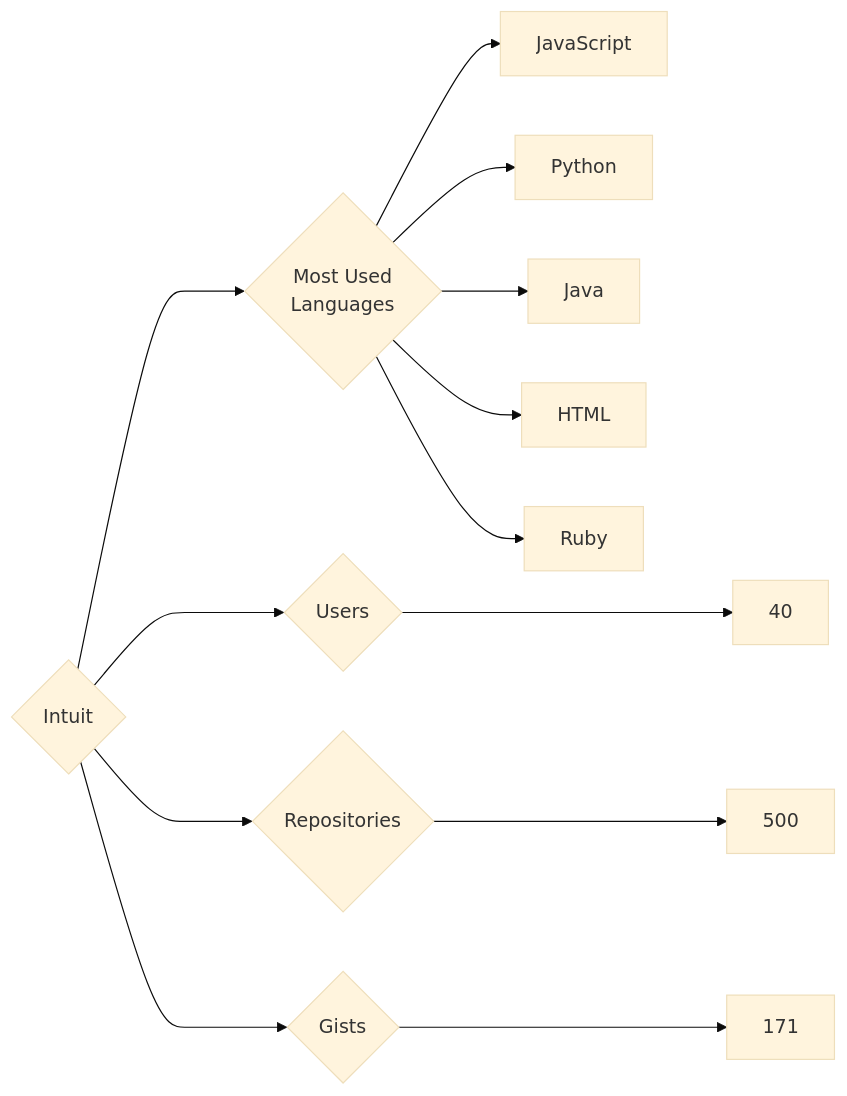
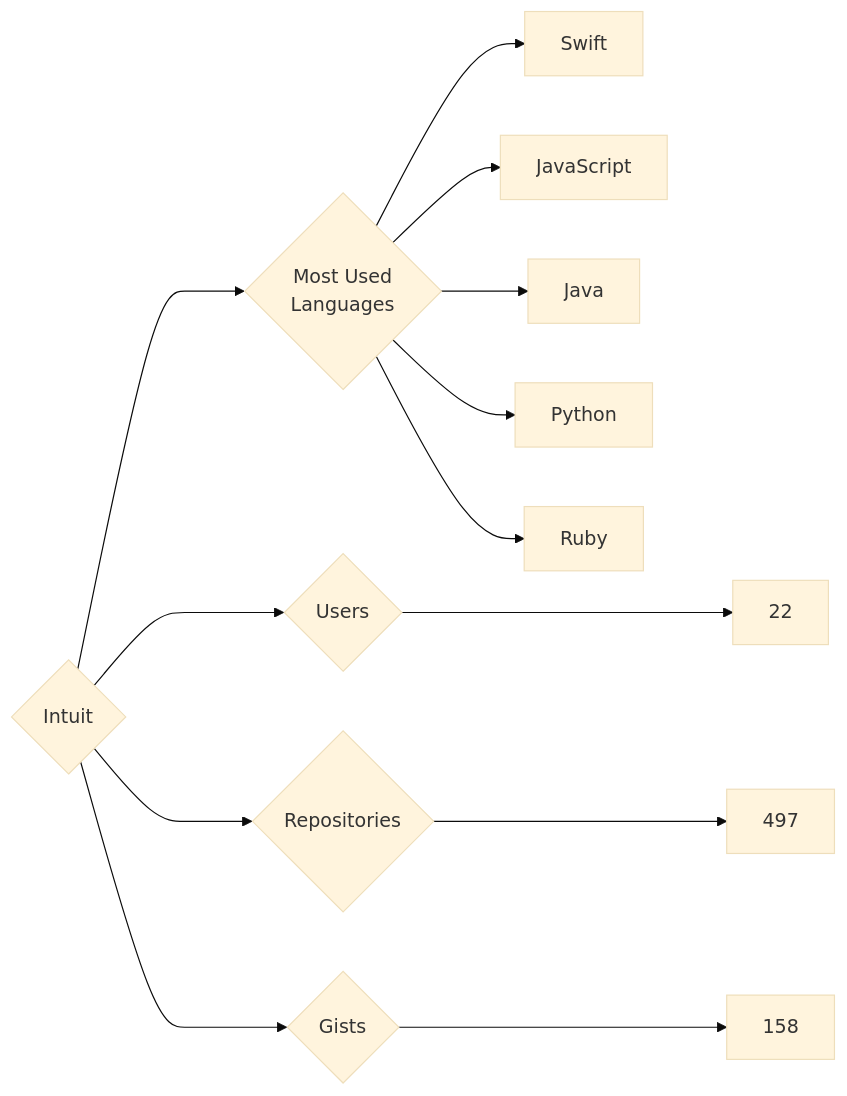
One commit to trickest/insiders changed the diagram in targets/Intuit/README.md. Above: the diagram before and after it, drawn with Mermaid (base theme). The commit also changed 752 other files, not shown here.

````diff
--- a/targets/Intuit/README.md
+++ b/targets/Intuit/README.md
@@ -3,13 +3,13 @@
 ```mermaid
 graph LR
 COMPANY_NAME{Intuit}
-COMPANY_NAME ---> U{Users} ---> UN[40]
-COMPANY_NAME ---> R{Repositories} ---> RN[500]
-COMPANY_NAME ---> G{Gists} ---> GN[171]
+COMPANY_NAME ---> U{Users} ---> UN[22]
+COMPANY_NAME ---> R{Repositories} ---> RN[497]
+COMPANY_NAME ---> G{Gists} ---> GN[158]
 COMPANY_NAME ---> ML{Most Used<br>Languages}
+ML --> Swift[Swift]
 ML --> JavaScript[JavaScript]
+ML --> Java[Java]
 ML --> Python[Python]
-ML --> Java[Java]
-ML --> HTML[HTML]
 ML --> Ruby[Ruby]
 ```
````
